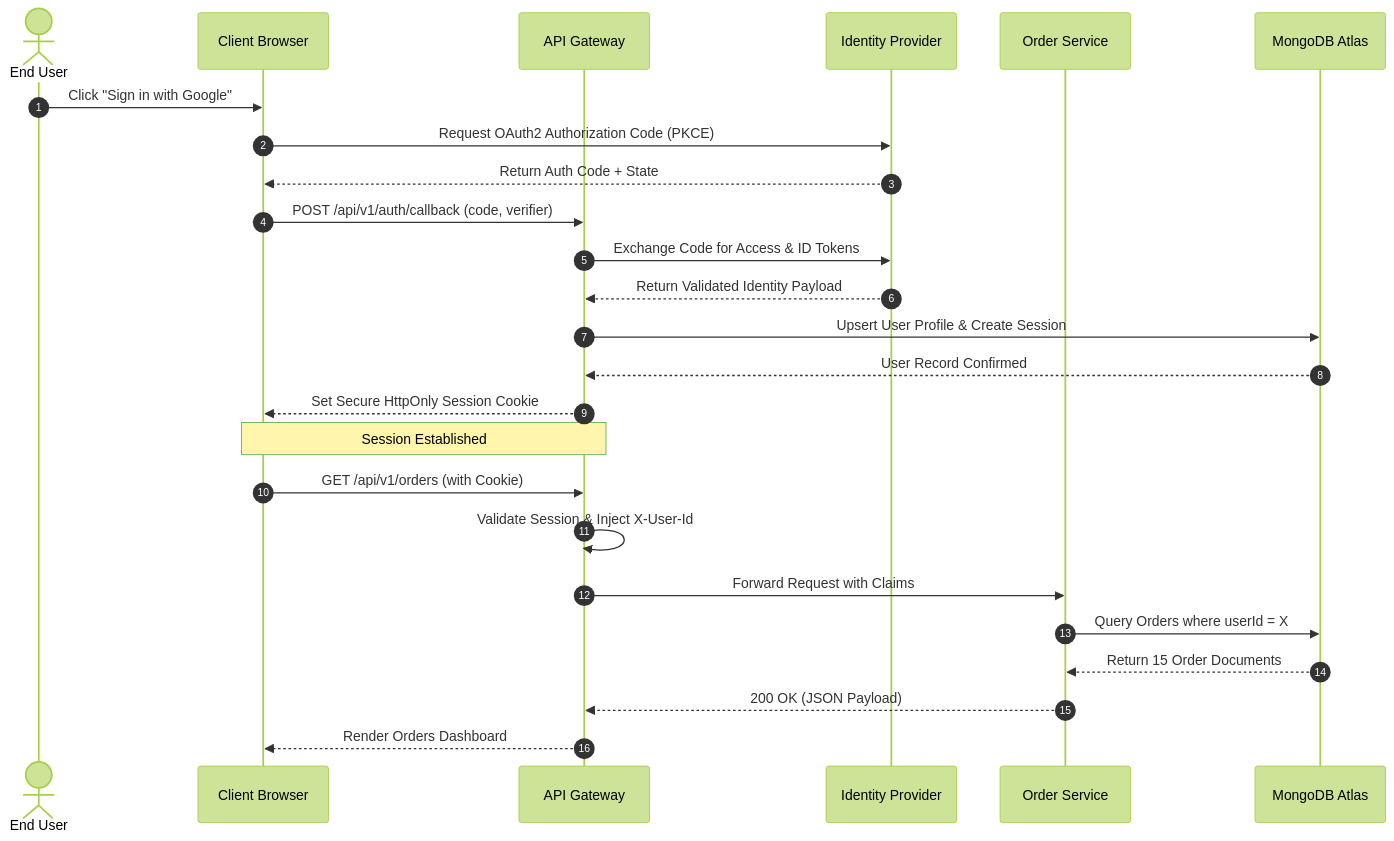
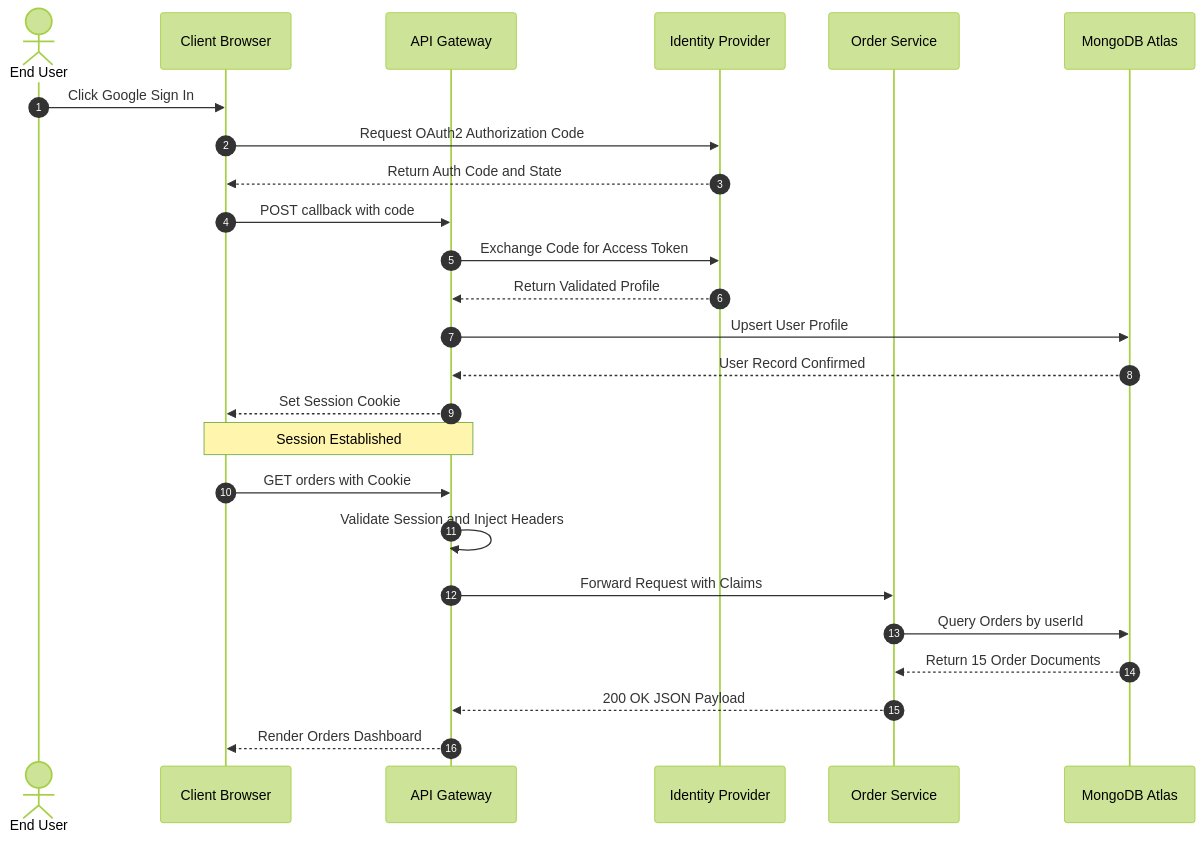
One commit to taherankhan/md2pdf changed the second of 4 diagrams in public/sample-document.md. Above: the diagram before and after it, drawn with Mermaid (forest theme). The commit also changed other lines of this file and 1 other file, not shown here.

Commit message:
fix: update sample markdown with clean valid mermaid syntax

````diff
--- a/public/sample-document.md
+++ b/public/sample-document.md
@@ -87,29 +88,29 @@
 ```mermaid
 sequenceDiagram
     autonumber
     actor User as End User
     participant Browser as Client Browser
     participant Gateway as API Gateway
     participant Auth as Identity Provider
     participant Orders as Order Service
     participant Database as MongoDB Atlas
 
-    User->>Browser: Click "Sign in with Google"
-    Browser->>Auth: Request OAuth2 Authorization Code (PKCE)
-    Auth-->>Browser: Return Auth Code + State
-    Browser->>Gateway: POST /api/v1/auth/callback (code, verifier)
-    Gateway->>Auth: Exchange Code for Access & ID Tokens
-    Auth-->>Gateway: Return Validated Identity Payload
-    Gateway->>Database: Upsert User Profile & Create Session
+    User->>Browser: Click Google Sign In
+    Browser->>Auth: Request OAuth2 Authorization Code
+    Auth-->>Browser: Return Auth Code and State
+    Browser->>Gateway: POST callback with code
+    Gateway->>Auth: Exchange Code for Access Token
+    Auth-->>Gateway: Return Validated Profile
+    Gateway->>Database: Upsert User Profile
     Database-->>Gateway: User Record Confirmed
-    Gateway-->>Browser: Set Secure HttpOnly Session Cookie
+    Gateway-->>Browser: Set Session Cookie
     Note over Browser,Gateway: Session Established
 
-    Browser->>Gateway: GET /api/v1/orders (with Cookie)
-    Gateway->>Gateway: Validate Session & Inject X-User-Id
+    Browser->>Gateway: GET orders with Cookie
+    Gateway->>Gateway: Validate Session and Inject Headers
     Gateway->>Orders: Forward Request with Claims
-    Orders->>Database: Query Orders where userId = X
+    Orders->>Database: Query Orders by userId
     Database-->>Orders: Return 15 Order Documents
-    Orders-->>Gateway: 200 OK (JSON Payload)
+    Orders-->>Gateway: 200 OK JSON Payload
     Gateway-->>Browser: Render Orders Dashboard
 ```
````
